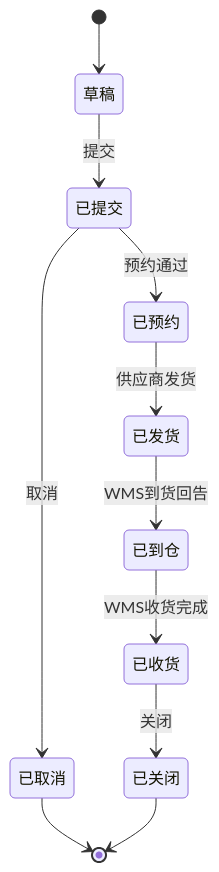
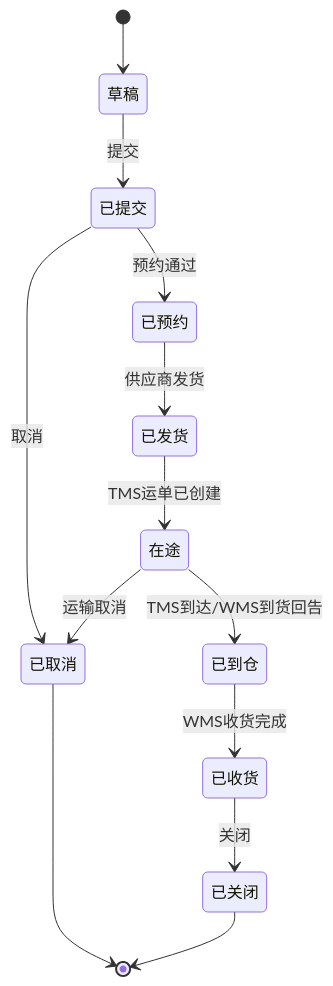
The third of 5 diagrams in docs/03-核心业务模型/01-供应商领域模型/01-供应商领域模型.md (chao1927/scm), drawn with Mermaid before and after one commit. The commit also changed other lines of this file and 118 other files, not shown here.

````diff
--- a/docs/03-核心业务模型/01-供应商领域模型/01-供应商领域模型.md
+++ b/docs/03-核心业务模型/01-供应商领域模型/01-供应商领域模型.md
@@ -446,13 +449,15 @@
 ```mermaid
 stateDiagram-v2
   [*] --> 草稿
   草稿 --> 已提交: 提交
   已提交 --> 已预约: 预约通过
   已提交 --> 已取消: 取消
   已预约 --> 已发货: 供应商发货
-  已发货 --> 已到仓: WMS到货回告
+  已发货 --> 在途: TMS运单已创建
+  在途 --> 已到仓: TMS到达/WMS到货回告
+  在途 --> 已取消: 运输取消
   已到仓 --> 已收货: WMS收货完成
   已收货 --> 已关闭: 关闭
   已取消 --> [*]
   已关闭 --> [*]
 ```
````
